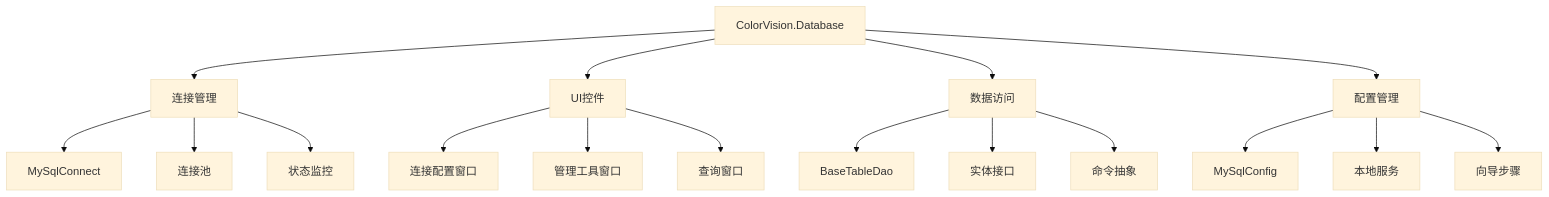
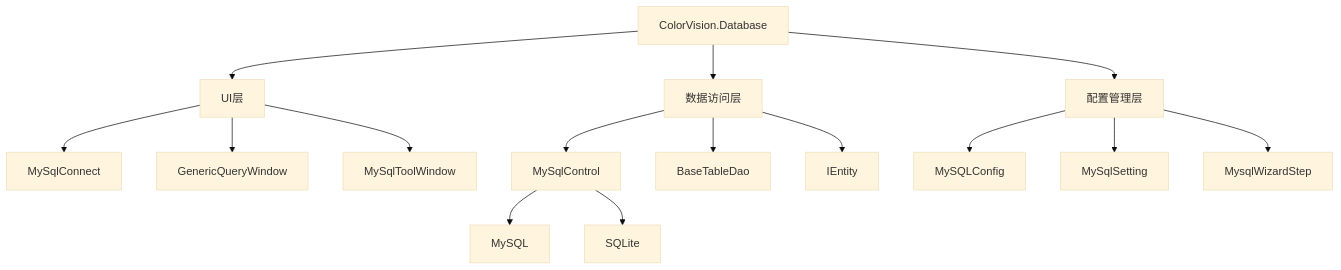
The diagram in docs/04-api-reference/ui-components/ColorVision.Database.md (xincheng213618/scgd_general_wpf), drawn with Mermaid (base theme) before and after one commit. The commit also changed other lines of this file and 10 other files, not shown here.

````diff
--- a/docs/04-api-reference/ui-components/ColorVision.Database.md
+++ b/docs/04-api-reference/ui-components/ColorVision.Database.md
@@ -46,23 +50,21 @@
 ```mermaid
 graph TD
-    A[ColorVision.Database] --> B[连接管理]
-    A --> C[UI控件]
-    A --> D[数据访问]
-    A --> E[配置管理]
+    A[ColorVision.Database] --> B[UI层]
+    A --> C[数据访问层]
+    A --> D[配置管理层]
     
     B --> B1[MySqlConnect]
-    B --> B2[连接池]
-    B --> B3[状态监控]
+    B --> B2[GenericQueryWindow]
+    B --> B3[MySqlToolWindow]
     
-    C --> C1[连接配置窗口]
-    C --> C2[管理工具窗口]
-    C --> C3[查询窗口]
+    C --> C1[MySqlControl]
+    C --> C2[BaseTableDao]
+    C --> C3[IEntity]
     
-    D --> D1[BaseTableDao]
-    D --> D2[实体接口]
-    D --> D3[命令抽象]
+    D --> D1[MySQLConfig]
+    D --> D2[MySqlSetting]
+    D --> D3[MysqlWizardStep]
     
-    E --> E1[MySqlConfig]
-    E --> E2[本地服务]
-    E --> E3[向导步骤]
+    C1 --> E[MySQL]
+    C1 --> F[SQLite]
 ```
````
